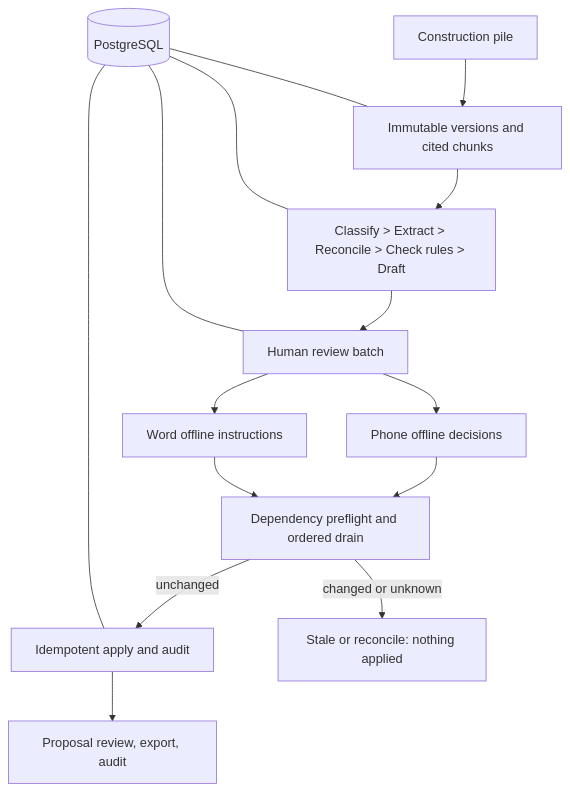
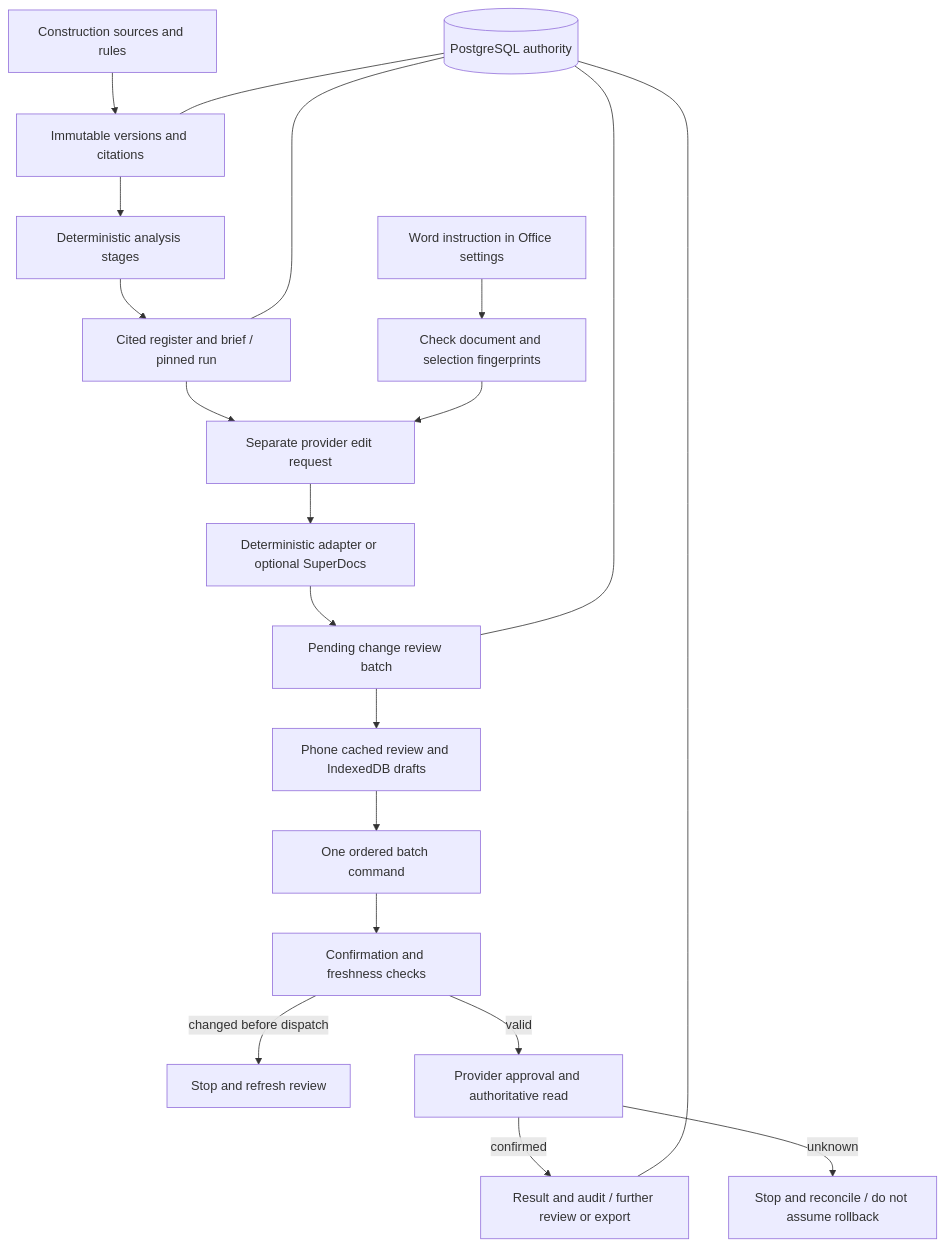
The diagram in docs/architecture-one-page.md (KarnPiyush/field-ledger), drawn with Mermaid before and after one commit. The commit also changed other lines of this file and 9 other files, not shown here.

Commit message:
docs: clarify architecture, review flow and evidence boundaries

````diff
--- a/docs/architecture-one-page.md
+++ b/docs/architecture-one-page.md
@@ -3,17 +3,22 @@
 ```mermaid
 flowchart TB
-  Sources[Construction pile] --> Ingest[Immutable versions and cited chunks]
-  Ingest --> Stages[Classify > Extract > Reconcile > Check rules > Draft]
-  Stages --> Review[Human review batch]
-  Review --> Phone[Phone offline decisions]
-  Review --> Word[Word offline instructions]
-  Phone --> Guard[Dependency preflight and ordered drain]
-  Word --> Guard
-  Guard -->|unchanged| Commit[Idempotent apply and audit]
-  Guard -->|changed or unknown| Stop[Stale or reconcile: nothing applied]
-  Commit --> Proposal[Proposal review, export, audit]
-  DB[(PostgreSQL)] --- Ingest
-  DB --- Stages
+  Sources[Construction sources and rules] --> Ingest[Immutable versions and citations]
+  Ingest --> Stages[Deterministic analysis stages]
+  Stages --> Artifacts[Cited register and brief / pinned run]
+  Artifacts --> Edit[Separate provider edit request]
+  Edit --> Provider[Deterministic adapter or optional SuperDocs]
+  Provider --> Review[Pending change review batch]
+  Review --> Phone[Phone cached review and IndexedDB drafts]
+  Phone --> Queue[One ordered batch command]
+  Queue --> Guard[Confirmation and freshness checks]
+  Guard -->|changed before dispatch| Stale[Stop and refresh review]
+  Guard -->|valid| Apply[Provider approval and authoritative read]
+  Apply -->|confirmed| Result[Result and audit / further review or export]
+  Apply -->|unknown| Reconcile[Stop and reconcile / do not assume rollback]
+  Word[Word instruction in Office settings] --> Fingerprint[Check document and selection fingerprints]
+  Fingerprint --> Edit
+  DB[(PostgreSQL authority)] --- Ingest
+  DB --- Artifacts
   DB --- Review
-  DB --- Commit
+  DB --- Result
 ```
````
